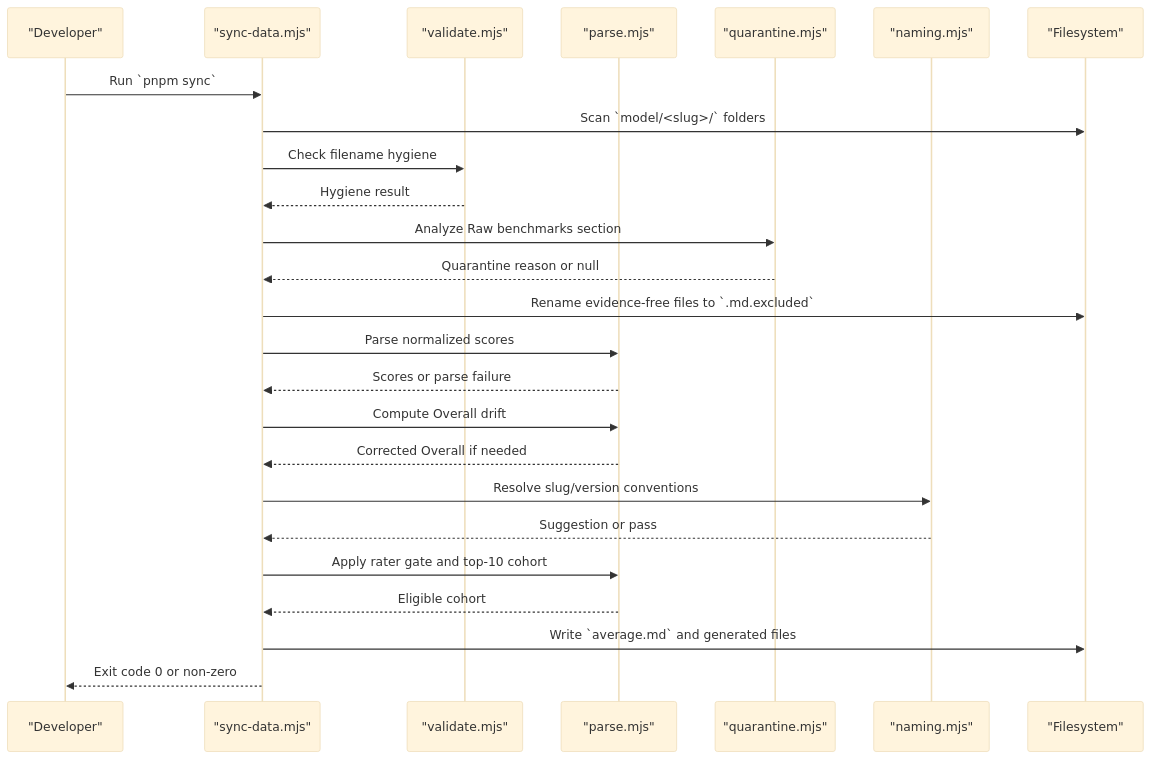
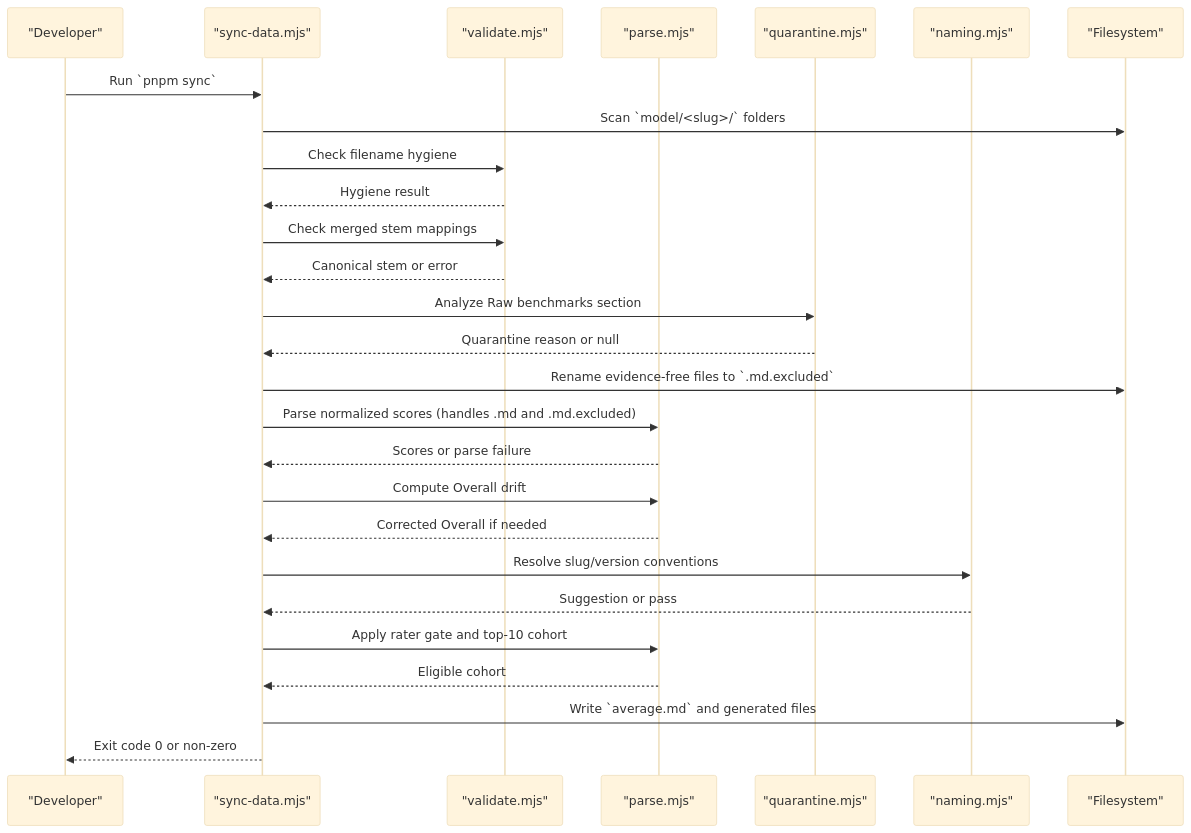
The second of 11 diagrams in .qoder/repowiki/en/content/Build & Development Pipeline/Validation & Quality Assurance.md (delirium-dj/modelcomp), drawn with Mermaid (base theme) before and after one commit. The commit also changed other lines of this file and 72 other files, not shown here.

````diff
--- a/.qoder/repowiki/en/content/Build & Development Pipeline/Validation & Quality Assurance.md
+++ b/.qoder/repowiki/en/content/Build & Development Pipeline/Validation & Quality Assurance.md
@@ -87,27 +96,29 @@
 ```mermaid
 sequenceDiagram
 participant User as "Developer"
 participant Sync as "sync-data.mjs"
 participant Validate as "validate.mjs"
 participant Parse as "parse.mjs"
 participant Quarantine as "quarantine.mjs"
 participant Naming as "naming.mjs"
 participant FS as "Filesystem"
 User->>Sync : Run `pnpm sync`
 Sync->>FS : Scan `model/<slug>/` folders
 Sync->>Validate : Check filename hygiene
 Validate-->>Sync : Hygiene result
+Sync->>Validate : Check merged stem mappings
+Validate-->>Sync : Canonical stem or error
 Sync->>Quarantine : Analyze Raw benchmarks section
 Quarantine-->>Sync : Quarantine reason or null
 Sync->>FS : Rename evidence-free files to `.md.excluded`
-Sync->>Parse : Parse normalized scores
+Sync->>Parse : Parse normalized scores (handles .md and .md.excluded)
 Parse-->>Sync : Scores or parse failure
 Sync->>Parse : Compute Overall drift
 Parse-->>Sync : Corrected Overall if needed
 Sync->>Naming : Resolve slug/version conventions
 Naming-->>Sync : Suggestion or pass
 Sync->>Parse : Apply rater gate and top-10 cohort
 Parse-->>Sync : Eligible cohort
 Sync->>FS : Write `average.md` and generated files
 Sync-->>User : Exit code 0 or non-zero
 ```
````
